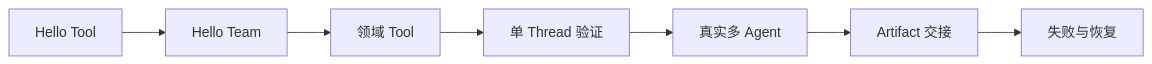
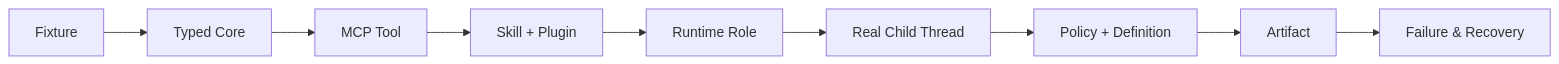
The fifth of 5 diagrams in docs/multi-agent-development-tutorial.md (JO-WTF/open-web-codex), drawn with Mermaid before and after one commit. The commit also changed other lines of this file and 100 other files, not shown here.

````diff
--- a/docs/multi-agent-development-tutorial.md
+++ b/docs/multi-agent-development-tutorial.md
@@ -318,9 +345,11 @@
 ```mermaid
 flowchart LR
-    H["Hello Tool"] --> HT["Hello Team"]
-    HT --> D["领域 Tool"]
-    D --> O["单 Thread 验证"]
-    O --> M["真实多 Agent"]
-    M --> A["Artifact 交接"]
-    A --> F["失败与恢复"]
+    F["Fixture"] --> C["Typed Core"]
+    C --> M["MCP Tool"]
+    M --> S["Skill + Plugin"]
+    S --> R["Runtime Role"]
+    R --> T["Real Child Thread"]
+    T --> G["Policy + Definition"]
+    G --> A["Artifact"]
+    A --> E["Failure & Recovery"]
 ```
````
